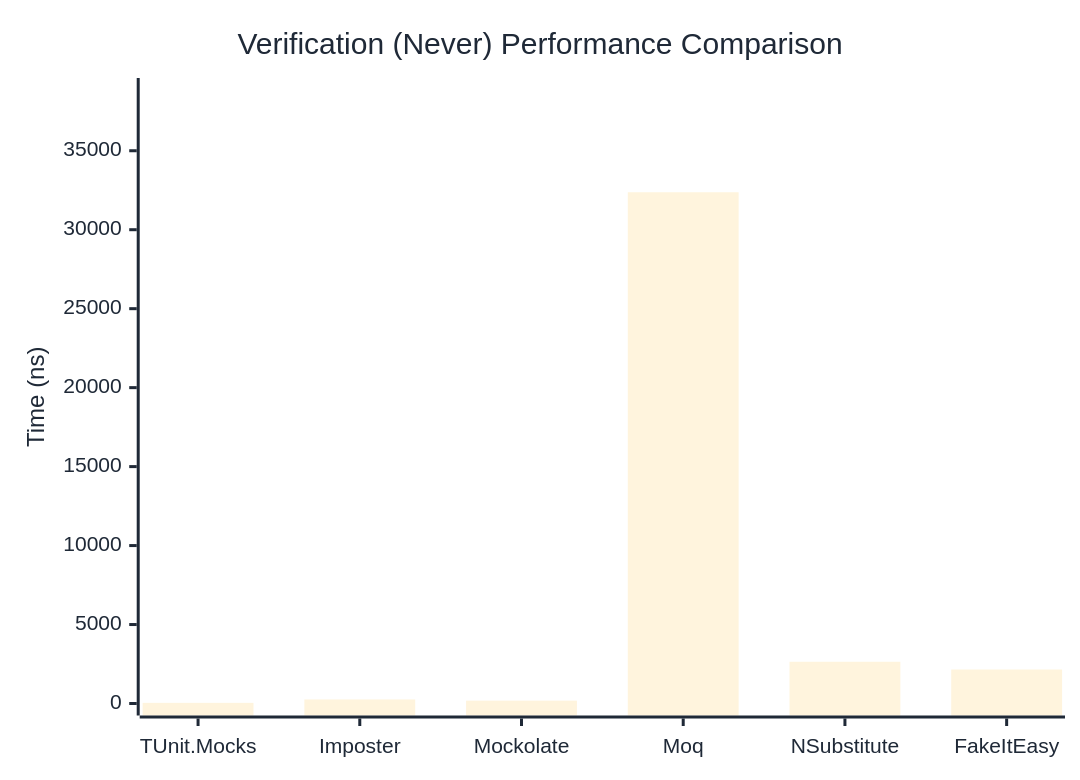
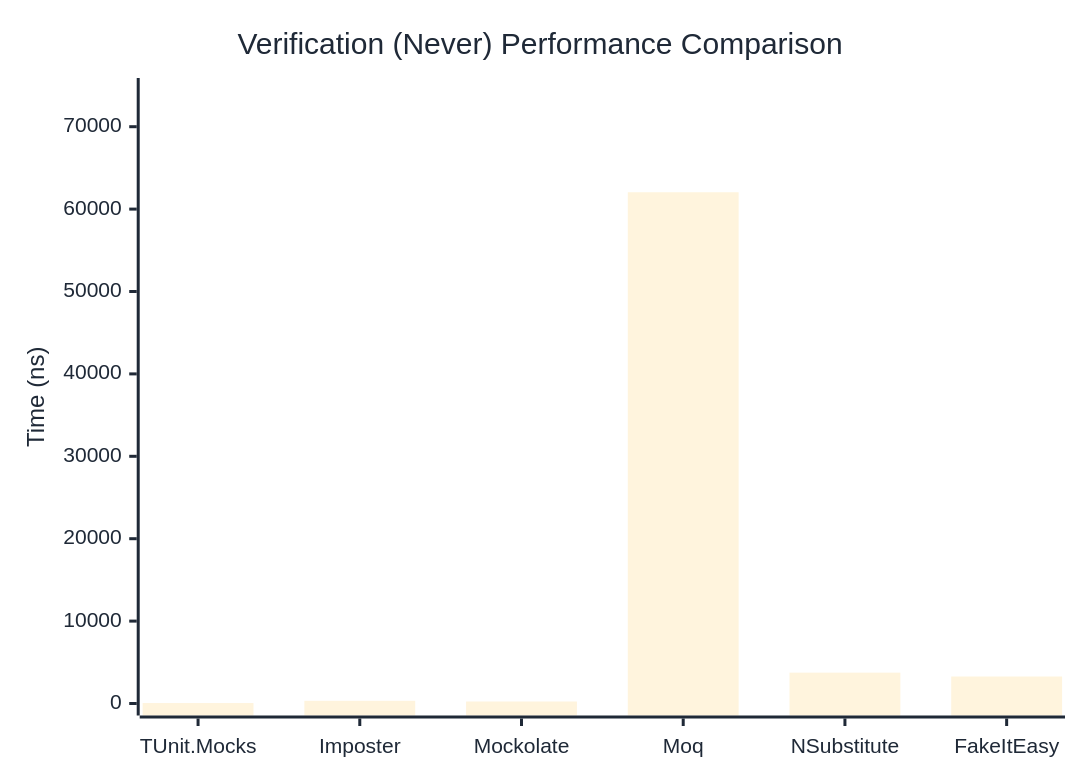
One commit to thomhurst/TUnit changed the second of 3 diagrams in docs/docs/benchmarks/mocks/Verification.md. Above: the diagram before and after it, drawn with Mermaid. The commit also changed other lines of this file and 14 other files, not shown here.

````diff
--- a/docs/docs/benchmarks/mocks/Verification.md
+++ b/docs/docs/benchmarks/mocks/Verification.md
@@ -71,27 +71,27 @@
 ```mermaid
 %%{init: {
   'theme':'base',
   'themeVariables': {
     'primaryColor': '#2563eb',
     'primaryTextColor': '#1f2937',
     'primaryBorderColor': '#1e40af',
     'lineColor': '#6b7280',
     'secondaryColor': '#7c3aed',
     'tertiaryColor': '#dc2626',
     'background': '#ffffff',
     'pie1': '#2563eb',
     'pie2': '#7c3aed',
     'pie3': '#dc2626',
     'pie4': '#f59e0b',
     'pie5': '#10b981',
     'pie6': '#06b6d4',
     'pie7': '#ec4899',
     'pie8': '#6366f1'
   }
 }}%%
 xychart-beta
   title "Verification (Never) Performance Comparison"
   x-axis ["TUnit.Mocks", "Imposter", "Mockolate", "Moq", "NSubstitute", "FakeItEasy"]
-  y-axis "Time (ns)" 0 --> 38846
-  bar [41.08, 256.99, 180, 32371.26, 2642.51, 2152.7]
+  y-axis "Time (ns)" 0 --> 74454
+  bar [55.62, 326.62, 242.68, 62044.29, 3744.85, 3275.73]
 ```
````
